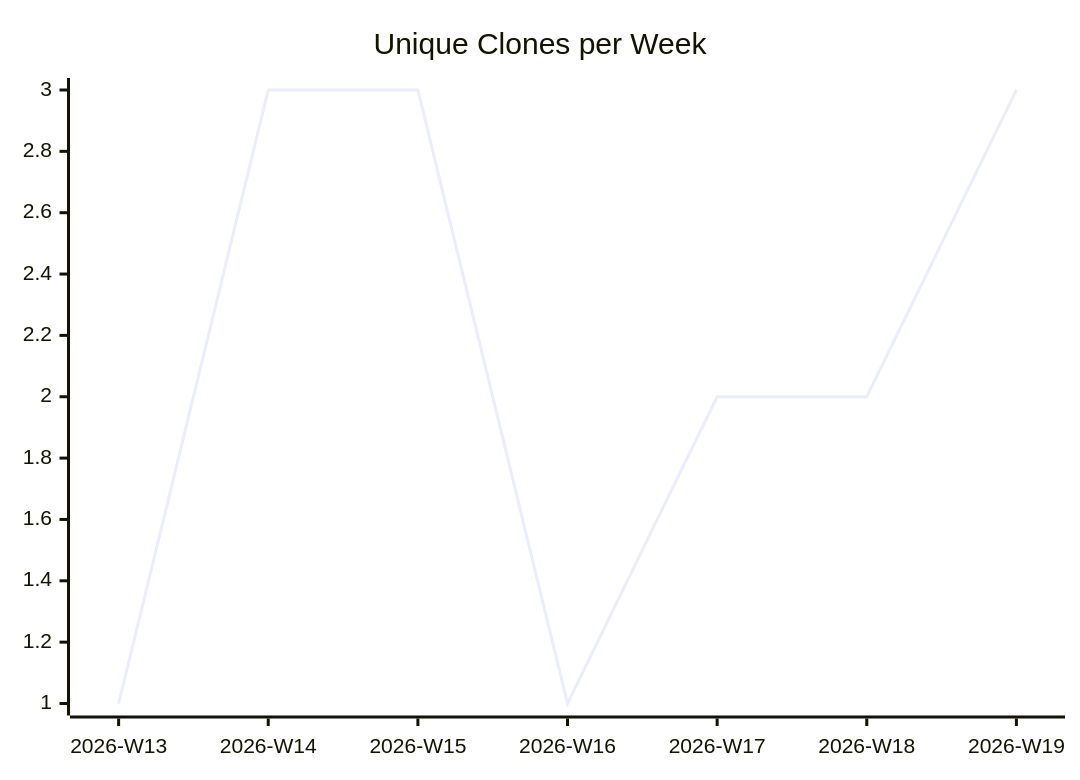
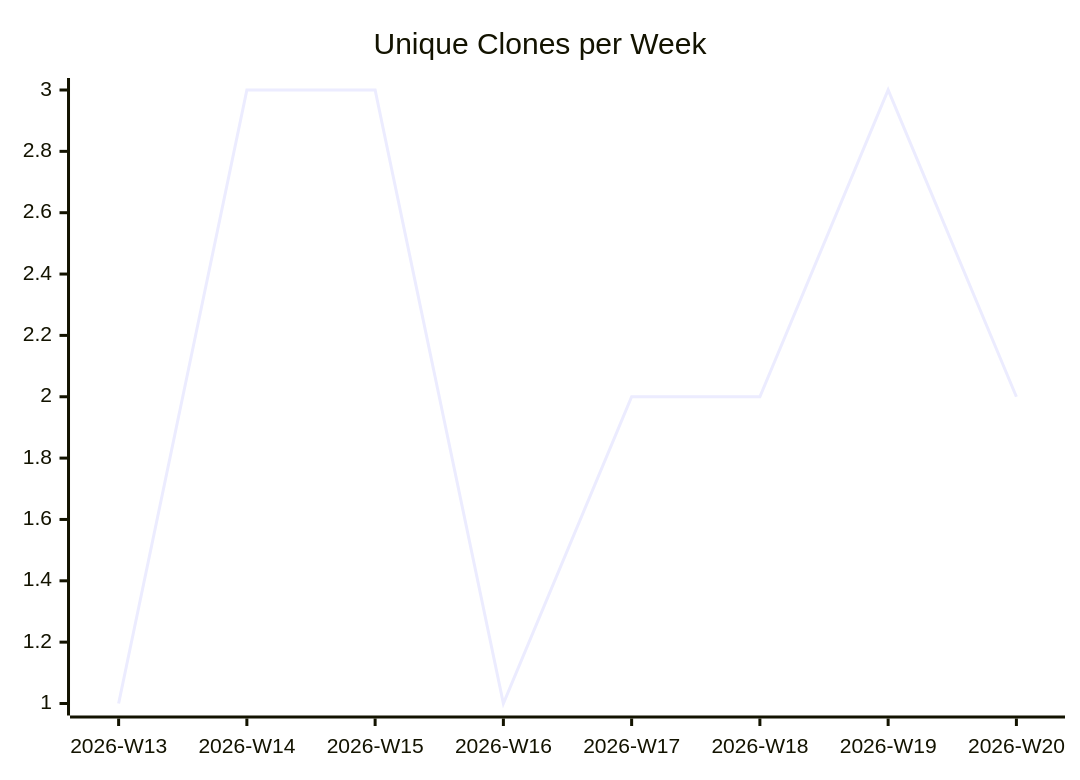
The third of 3 diagrams in karlmdavis/puppet-sonar/README.md (justdavis-family/github-analytics-data), drawn with Mermaid before and after one commit. The commit also changed other lines of this file and 176 other files, not shown here.

````diff
--- a/karlmdavis/puppet-sonar/README.md
+++ b/karlmdavis/puppet-sonar/README.md
@@ -19,6 +19,6 @@
 ```mermaid
 xychart-beta
   title "Unique Clones per Week"
-  x-axis ["2026-W13", "2026-W14", "2026-W15", "2026-W16", "2026-W17", "2026-W18", "2026-W19"]
-  line [1, 3, 3, 1, 2, 2, 3]
+  x-axis ["2026-W13", "2026-W14", "2026-W15", "2026-W16", "2026-W17", "2026-W18", "2026-W19", "2026-W20"]
+  line [1, 3, 3, 1, 2, 2, 3, 2]
 ```
````
